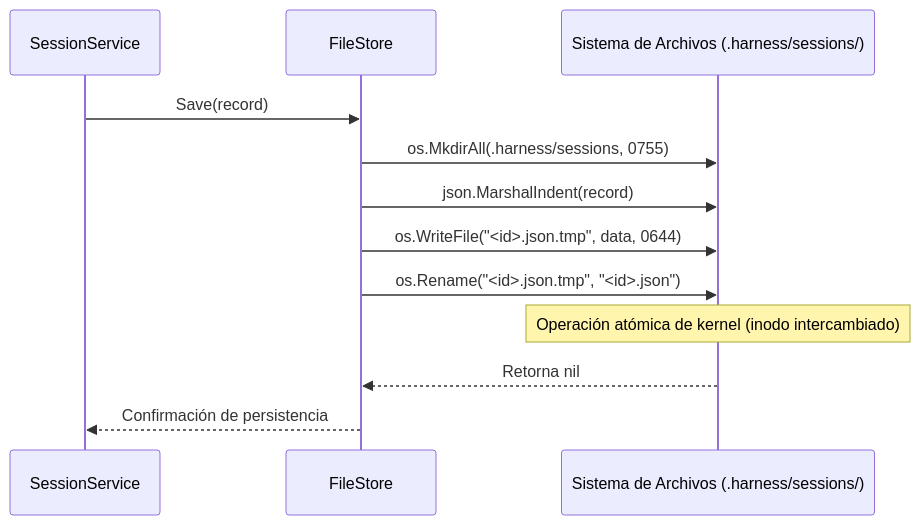
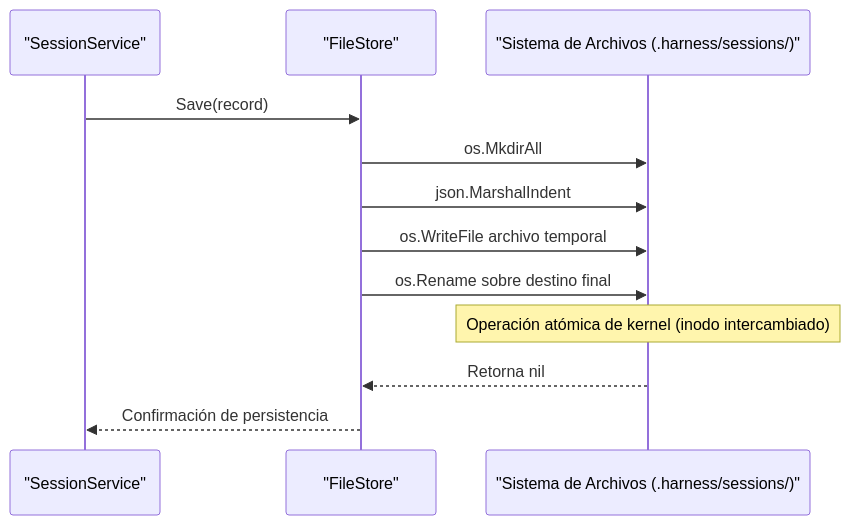
The second of 3 diagrams in docs/architecture/contracts.md (GountzJs/gountz-ia), drawn with Mermaid before and after one commit. The commit also changed other lines of this file and 14 other files, not shown here.

````diff
--- a/docs/architecture/contracts.md
+++ b/docs/architecture/contracts.md
@@ -198,15 +141,15 @@
 ```mermaid
 sequenceDiagram
-    participant Svc as SessionService
-    participant Store as FileStore
-    participant FS as Sistema de Archivos (.harness/sessions/)
+    participant Svc as "SessionService"
+    participant Store as "FileStore"
+    participant FS as "Sistema de Archivos (.harness/sessions/)"
 
     Svc->>Store: Save(record)
-    Store->>FS: os.MkdirAll(.harness/sessions, 0755)
-    Store->>FS: json.MarshalIndent(record)
-    Store->>FS: os.WriteFile("<id>.json.tmp", data, 0644)
-    Store->>FS: os.Rename("<id>.json.tmp", "<id>.json")
+    Store->>FS: os.MkdirAll
+    Store->>FS: json.MarshalIndent
+    Store->>FS: os.WriteFile archivo temporal
+    Store->>FS: os.Rename sobre destino final
     Note over FS: Operación atómica de kernel (inodo intercambiado)
     FS-->>Store: Retorna nil
     Store-->>Svc: Confirmación de persistencia
 ```
````
